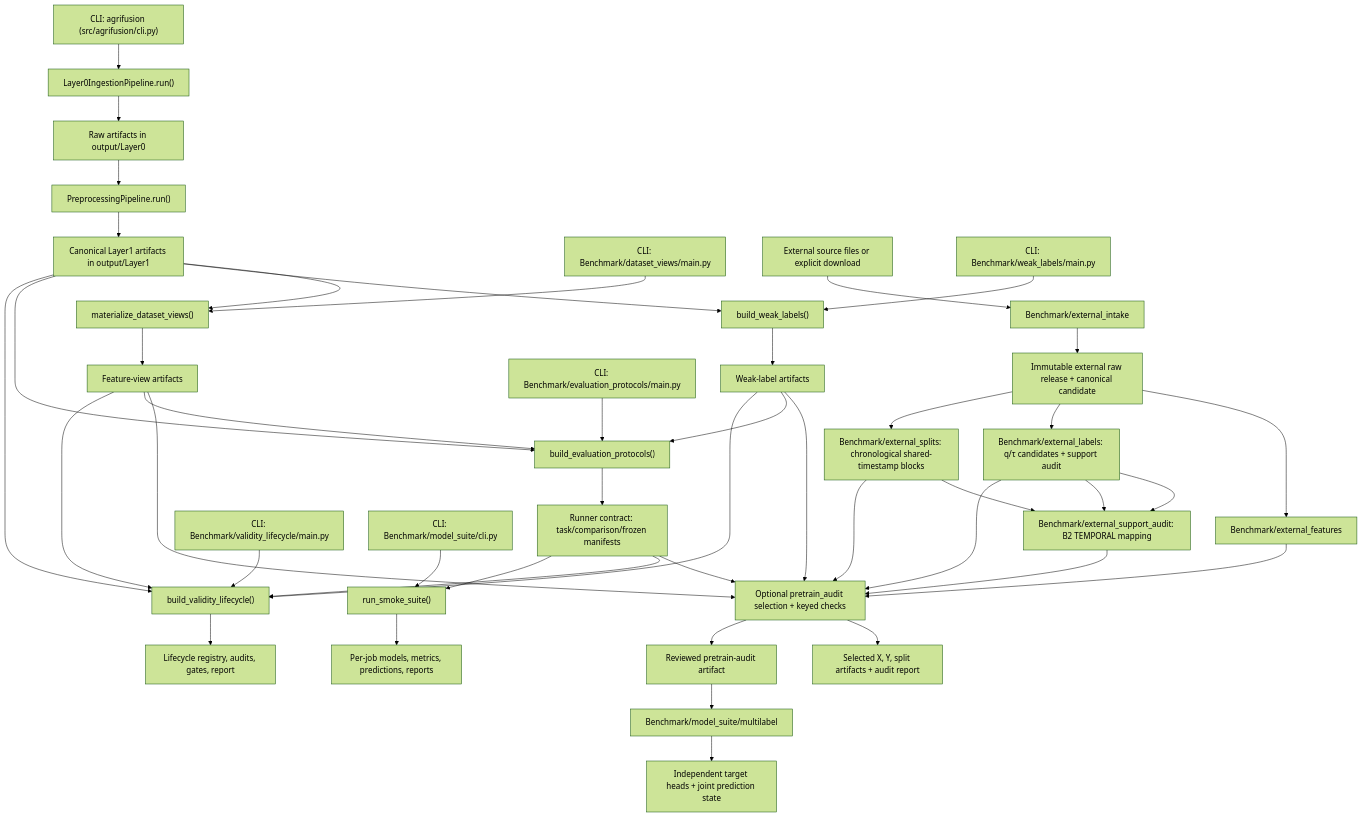
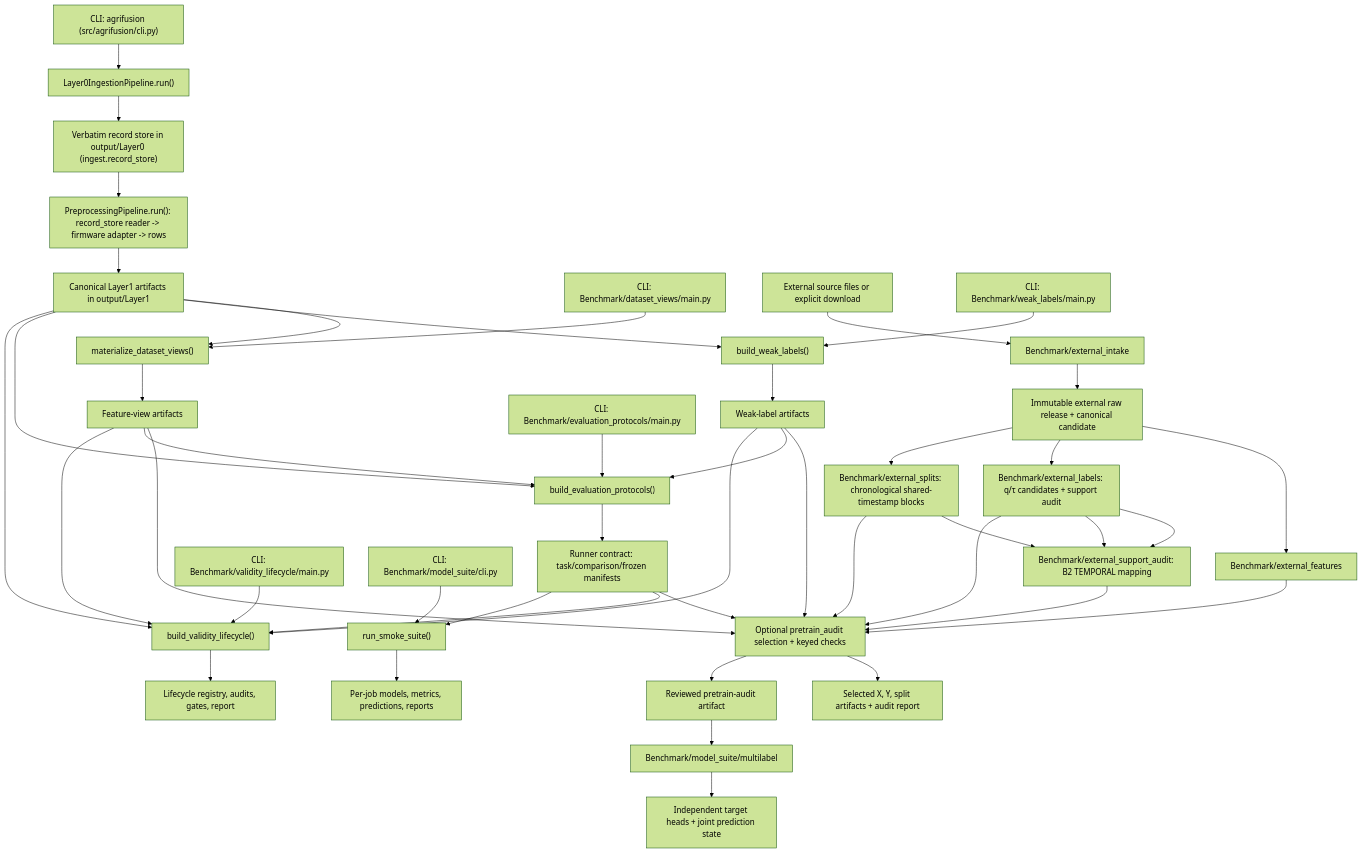
One commit to lawnguyenit/AgriFusion-IoT changed the first of 4 diagrams in Backend/PIPELINE_FLOW.md. Above: the diagram before and after it, drawn with Mermaid (forest theme). The commit also changed other lines of this file and 7 other files, not shown here.

First line of the commit message:
docs: ingest/canonical guarantees, record store format, data-chain handoff (s4f)

````diff
--- a/Backend/PIPELINE_FLOW.md
+++ b/Backend/PIPELINE_FLOW.md
@@ -21,53 +21,53 @@
 ```mermaid
 flowchart TD
     A["CLI: agrifusion (src/agrifusion/cli.py)"] --> B["Layer0IngestionPipeline.run()"]
-    B --> C["Raw artifacts in output/Layer0"]
-    C --> D["PreprocessingPipeline.run()"]
+    B --> C["Verbatim record store in output/Layer0 (ingest.record_store)"]
+    C --> D["PreprocessingPipeline.run(): record_store reader -> firmware adapter -> rows"]
     D --> E["Canonical Layer1 artifacts in output/Layer1"]
 
     F["CLI: Benchmark/dataset_views/main.py"] --> G["materialize_dataset_views()"]
     E --> G
     G --> H["Feature-view artifacts"]
     H --> U["Optional pretrain_audit selection + keyed checks"]
 
     X["External source files or explicit download"] --> Y["Benchmark/external_intake"]
     Y --> Z["Immutable external raw release + canonical candidate"]
     Z --> W["Benchmark/external_features"]
     Z --> WL["Benchmark/external_labels: q/τ candidates + support audit"]
     Z --> ES["Benchmark/external_splits: chronological shared-timestamp blocks"]
     WL --> SA["Benchmark/external_support_audit: B2 TEMPORAL mapping"]
     ES --> SA
     WL --> SA
     W --> U
     WL --> U
     ES --> U
     SA --> U
 
     I["CLI: Benchmark/weak_labels/main.py"] --> J["build_weak_labels()"]
     E --> J
     J --> K["Weak-label artifacts"]
     K --> U
 
     L["CLI: Benchmark/evaluation_protocols/main.py"] --> M["build_evaluation_protocols()"]
     E --> M
     H --> M
     K --> M
     M --> N["Runner contract: task/comparison/frozen manifests"]
     N --> U
     U --> V["Selected X, Y, split artifacts + audit report"]
 
     R["CLI: Benchmark/validity_lifecycle/main.py"] --> S["build_validity_lifecycle()"]
     N --> S
     E --> S
     H --> S
     K --> S
     S --> T["Lifecycle registry, audits, gates, report"]
 
     O["CLI: Benchmark/model_suite/cli.py"] --> P["run_smoke_suite()"]
     N --> P
     P --> Q["Per-job models, metrics, predictions, reports"]
 
     U --> U2["Reviewed pretrain-audit artifact"]
     U2 --> ML["Benchmark/model_suite/multilabel"]
     ML --> ML2["Independent target heads + joint prediction state"]
 ```
````
